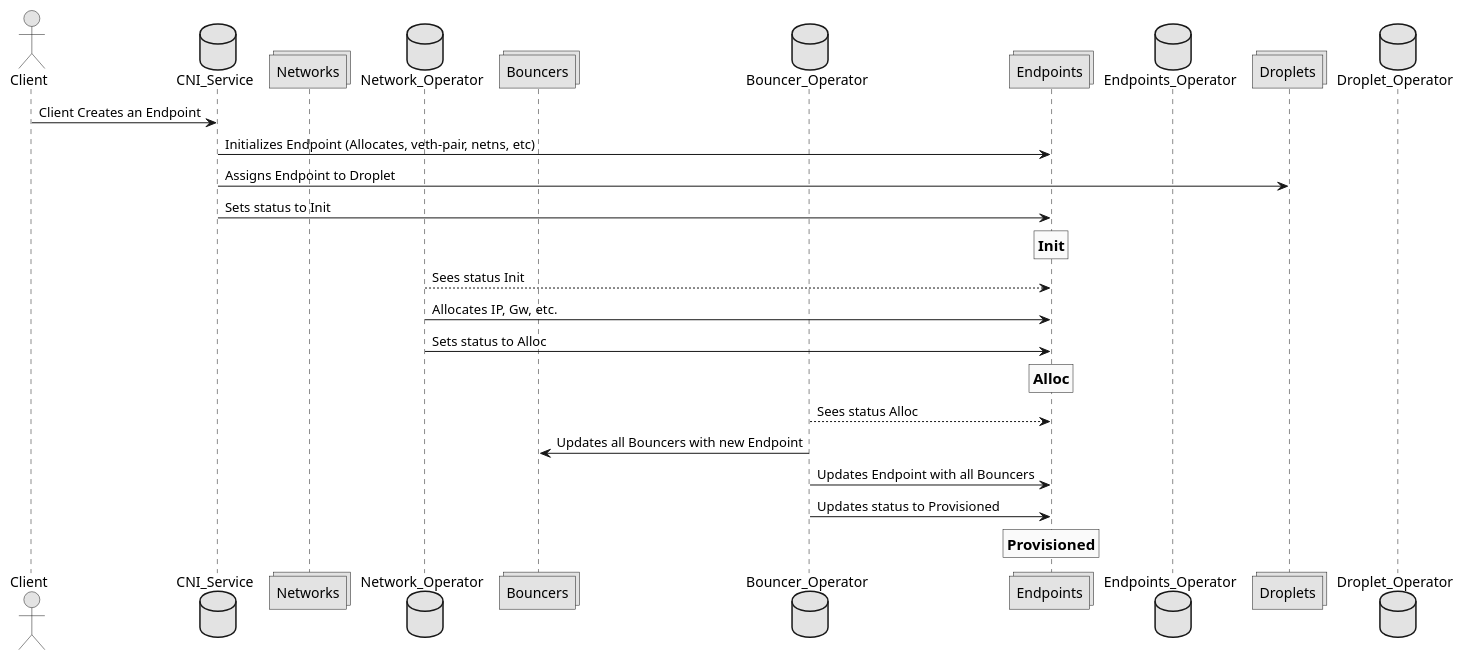
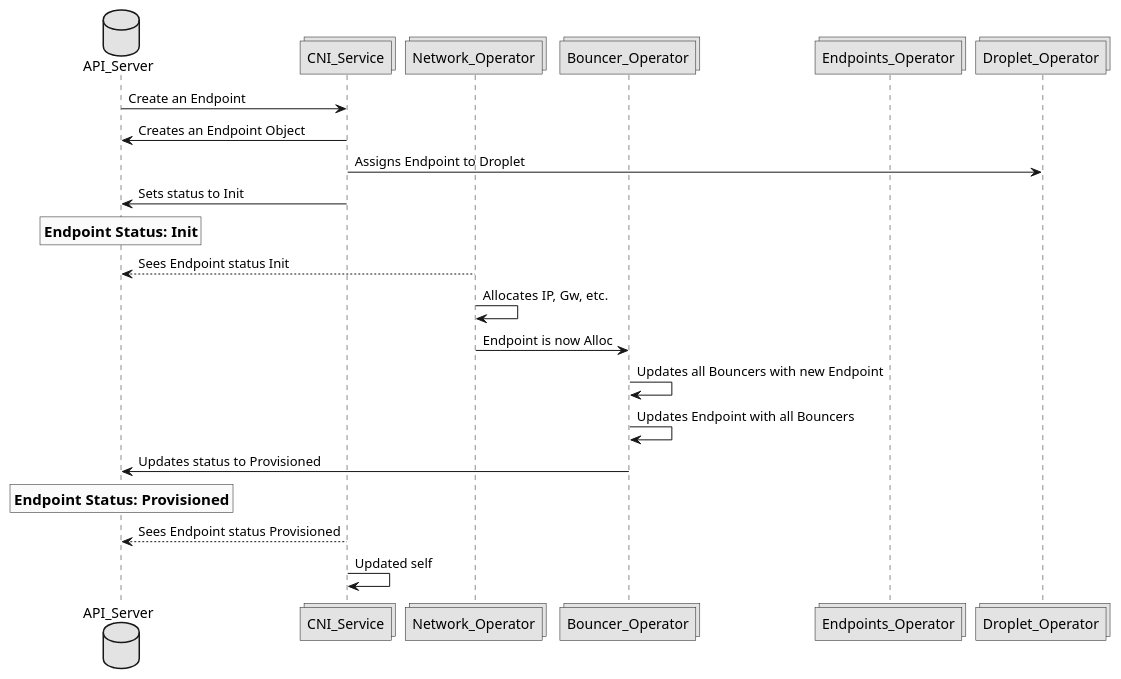
The diagram in Documentation/design/figures/create_endpoint_workflow.puml (CentaurusInfra/mizar), drawn with PlantUML before and after one commit. The commit also changed 5 other files, not shown here.

Commit message:
Update to workflow diagrams

```diff
--- a/Documentation/design/figures/create_endpoint_workflow.puml
+++ b/Documentation/design/figures/create_endpoint_workflow.puml
@@ -1,33 +1,28 @@
 @startuml
 
 skinparam monochrome true
 
-actor Client
-database CNI_Service
-collections Networks
-database Network_Operator
-collections Bouncers
-database Bouncer_Operator
-collections Endpoints
-database Endpoints_Operator
-collections Droplets
-database Droplet_Operator
+database API_Server
+collections CNI_Service
+collections Network_Operator
+collections Bouncer_Operator
+collections Endpoints_Operator
+collections Droplet_Operator
 
 
-Client -> CNI_Service: Client Creates an Endpoint
-CNI_Service -> Endpoints: Initializes Endpoint (Allocates, veth-pair, netns, etc)
-CNI_Service -> Droplets: Assigns Endpoint to Droplet
-CNI_Service -> Endpoints: Sets status to Init
-rnote over Endpoints: ==Init
-Network_Operator --> Endpoints: Sees status Init
-Network_Operator -> Endpoints: Allocates IP, Gw, etc.
-Network_Operator -> Endpoints: Sets status to Alloc
-rnote over Endpoints: ==Alloc
-Bouncer_Operator --> Endpoints: Sees status Alloc
-Bouncer_Operator -> Bouncers: Updates all Bouncers with new Endpoint
-Bouncer_Operator -> Endpoints: Updates Endpoint with all Bouncers
-Bouncer_Operator -> Endpoints: Updates status to Provisioned
-rnote over Endpoints: ==Provisioned
-
+API_Server -> CNI_Service: Create an Endpoint
+CNI_Service -> API_Server: Creates an Endpoint Object
+CNI_Service -> Droplet_Operator: Assigns Endpoint to Droplet
+CNI_Service -> API_Server: Sets status to Init
+rnote over API_Server: == Endpoint Status: Init
+Network_Operator --> API_Server: Sees Endpoint status Init
+Network_Operator -> Network_Operator: Allocates IP, Gw, etc.
+Network_Operator -> Bouncer_Operator: Endpoint is now Alloc
+Bouncer_Operator -> Bouncer_Operator: Updates all Bouncers with new Endpoint
+Bouncer_Operator -> Bouncer_Operator: Updates Endpoint with all Bouncers
+Bouncer_Operator -> API_Server: Updates status to Provisioned
+rnote over API_Server: ==Endpoint Status: Provisioned
+CNI_Service --> API_Server: Sees Endpoint status Provisioned
+CNI_Service -> CNI_Service: Updated self
 
 @enduml
```
